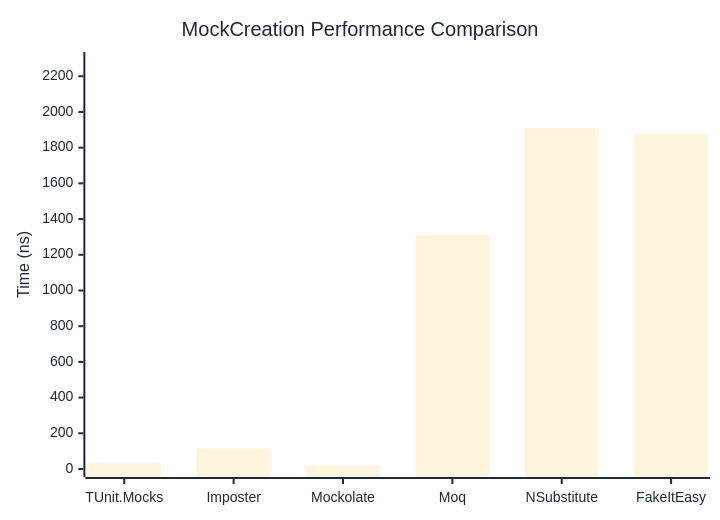
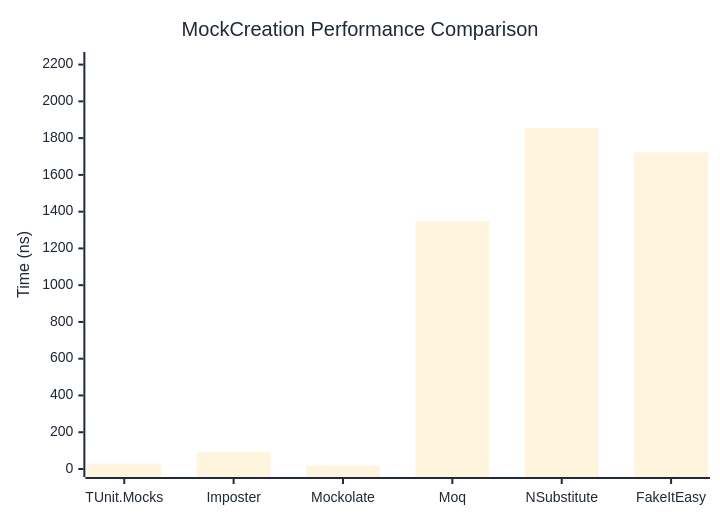
One commit to thomhurst/TUnit changed the first of 2 diagrams in docs/docs/benchmarks/mocks/MockCreation.md. Above: the diagram before and after it, drawn with Mermaid. The commit also changed other lines of this file and 14 other files, not shown here.

````diff
--- a/docs/docs/benchmarks/mocks/MockCreation.md
+++ b/docs/docs/benchmarks/mocks/MockCreation.md
@@ -30,27 +30,27 @@
 ```mermaid
 %%{init: {
   'theme':'base',
   'themeVariables': {
     'primaryColor': '#2563eb',
     'primaryTextColor': '#1f2937',
     'primaryBorderColor': '#1e40af',
     'lineColor': '#6b7280',
     'secondaryColor': '#7c3aed',
     'tertiaryColor': '#dc2626',
     'background': '#ffffff',
     'pie1': '#2563eb',
     'pie2': '#7c3aed',
     'pie3': '#dc2626',
     'pie4': '#f59e0b',
     'pie5': '#10b981',
     'pie6': '#06b6d4',
     'pie7': '#ec4899',
     'pie8': '#6366f1'
   }
 }}%%
 xychart-beta
   title "MockCreation Performance Comparison"
   x-axis ["TUnit.Mocks", "Imposter", "Mockolate", "Moq", "NSubstitute", "FakeItEasy"]
-  y-axis "Time (ns)" 0 --> 2291
-  bar [31.48, 115.4, 18.98, 1310.22, 1908.59, 1877.12]
+  y-axis "Time (ns)" 0 --> 2225
+  bar [29.33, 92.91, 18.16, 1347.51, 1853.77, 1722.14]
 ```
````
